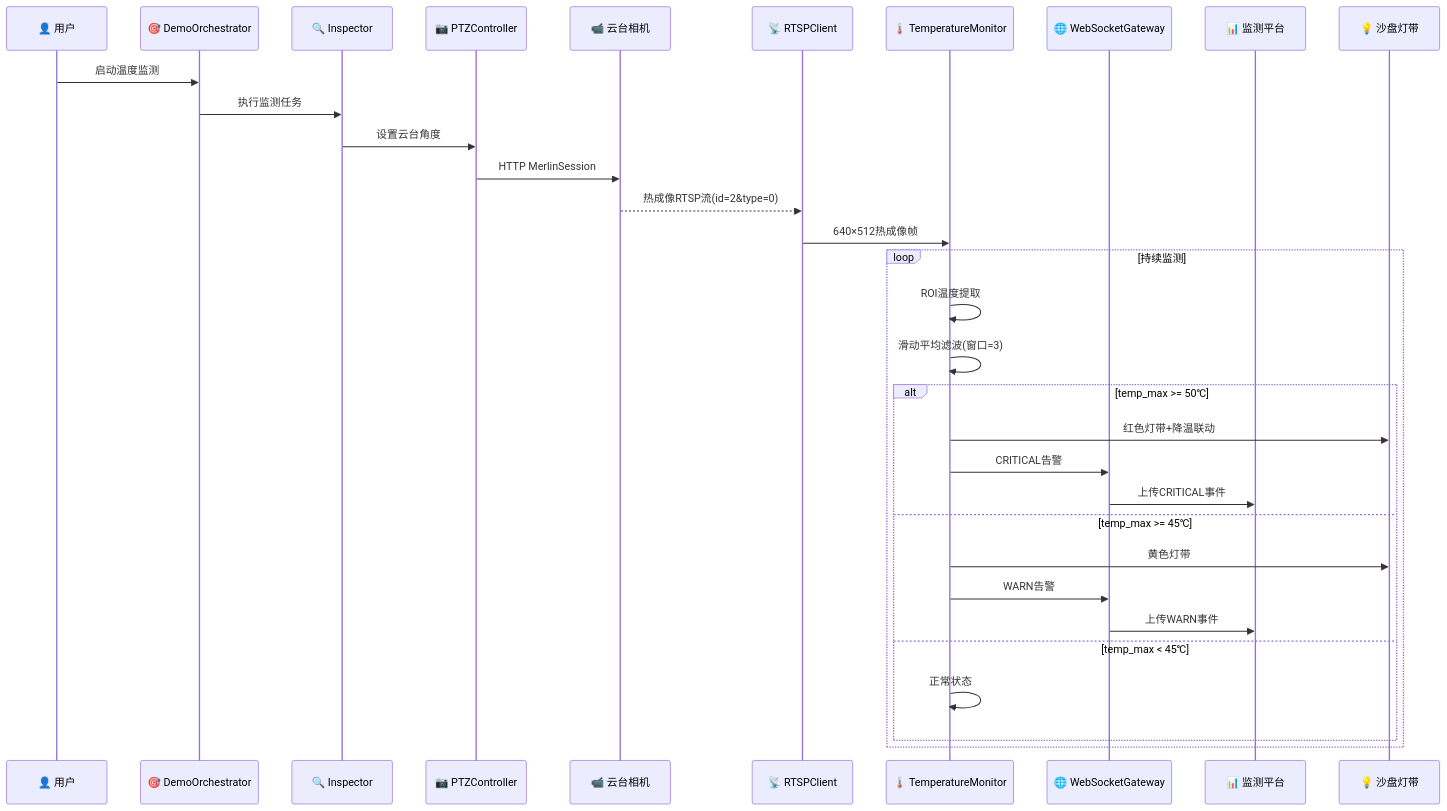
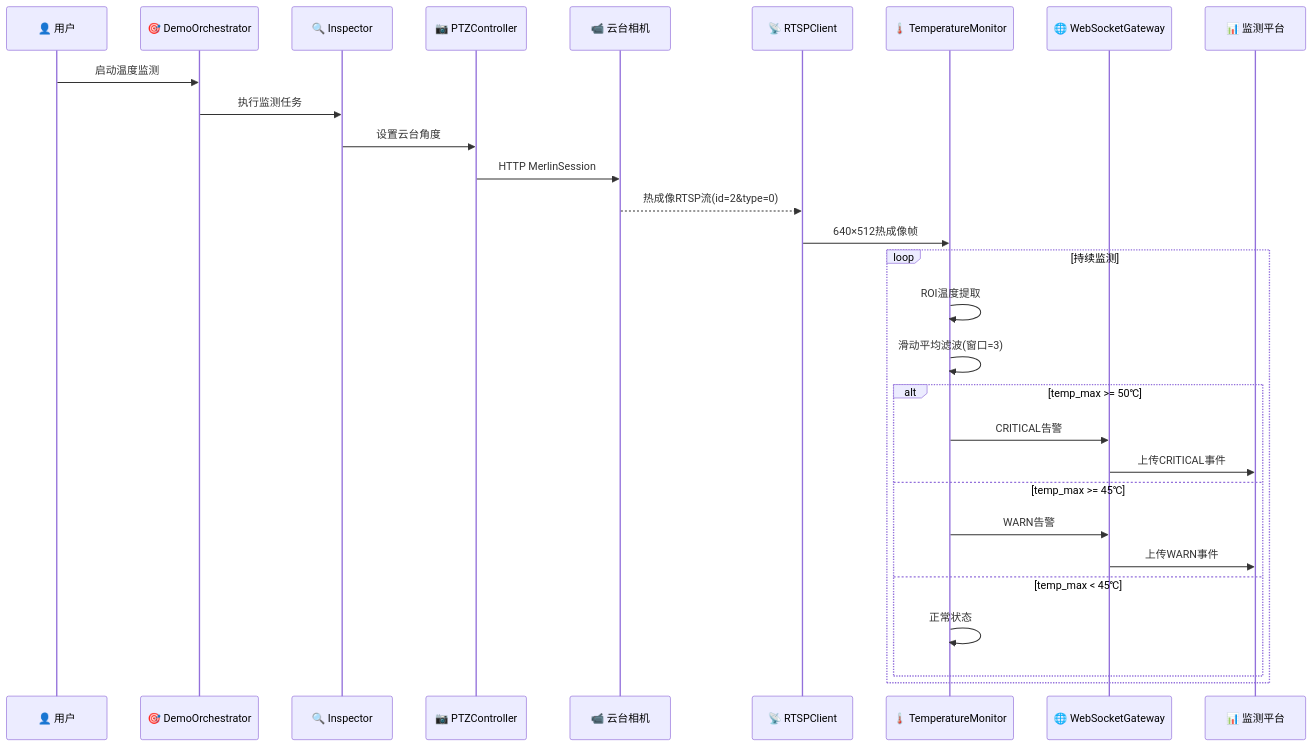
Before and after one commit to CosmicVortex/lite3-power-inspection: the fifth of 5 diagrams in docs/01-技术方案/01-系统架构设计.md, drawn with Mermaid. The commit also changed other lines of this file and 1 other file, not shown here.

Commit message:
docs: 修订文档内容，明确赛事名称、实际配置、IP地址说明
- 明确赛事为2026年全国职业院校技能大赛
- 更新系统要求章节为实际主机配置和依赖状态
- 修正网络拓扑IP地址说明（感知/运动主机共享192.168.1.103）
- 添加裂缝监测工作流程Mermaid流程图
- 添加温度告警提示说明，注明灯带联动功能暂不可用

````diff
--- a/docs/01-技术方案/01-系统架构设计.md
+++ b/docs/01-技术方案/01-系统架构设计.md
@@ -409,38 +411,35 @@
 ```mermaid
 sequenceDiagram
     participant User as 👤 用户
     participant Orch as 🎯 DemoOrchestrator
     participant Ins as 🔍 Inspector
     participant PTZ as 📷 PTZController
     participant Camera as 📹 云台相机
     participant RTSP as 📡 RTSPClient
     participant Temp as 🌡️ TemperatureMonitor
     participant WS as 🌐 WebSocketGateway
     participant Platform as 📊 监测平台
-    participant Lights as 💡 沙盘灯带
-    
+
     User->>Orch: 启动温度监测
     Orch->>Ins: 执行监测任务
     Ins->>PTZ: 设置云台角度
     PTZ->>Camera: HTTP MerlinSession
-    
+
     Camera-->>RTSP: 热成像RTSP流(id=2&type=0)
     RTSP->>Temp: 640×512热成像帧
-    
+
     loop 持续监测
         Temp->>Temp: ROI温度提取
         Temp->>Temp: 滑动平均滤波(窗口=3)
-        
+
         alt temp_max >= 50℃
-            Temp->>Lights: 红色灯带+降温联动
             Temp->>WS: CRITICAL告警
             WS->>Platform: 上传CRITICAL事件
         else temp_max >= 45℃
-            Temp->>Lights: 黄色灯带
             Temp->>WS: WARN告警
             WS->>Platform: 上传WARN事件
         else temp_max < 45℃
             Temp->>Temp: 正常状态
         end
     end
 ```
````
